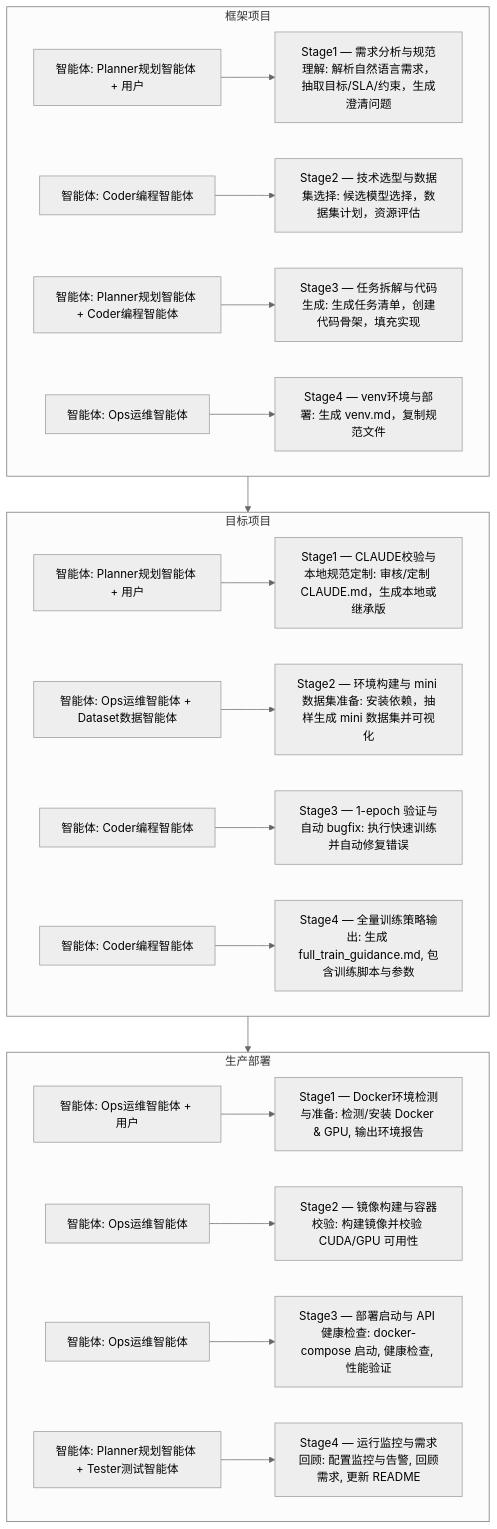
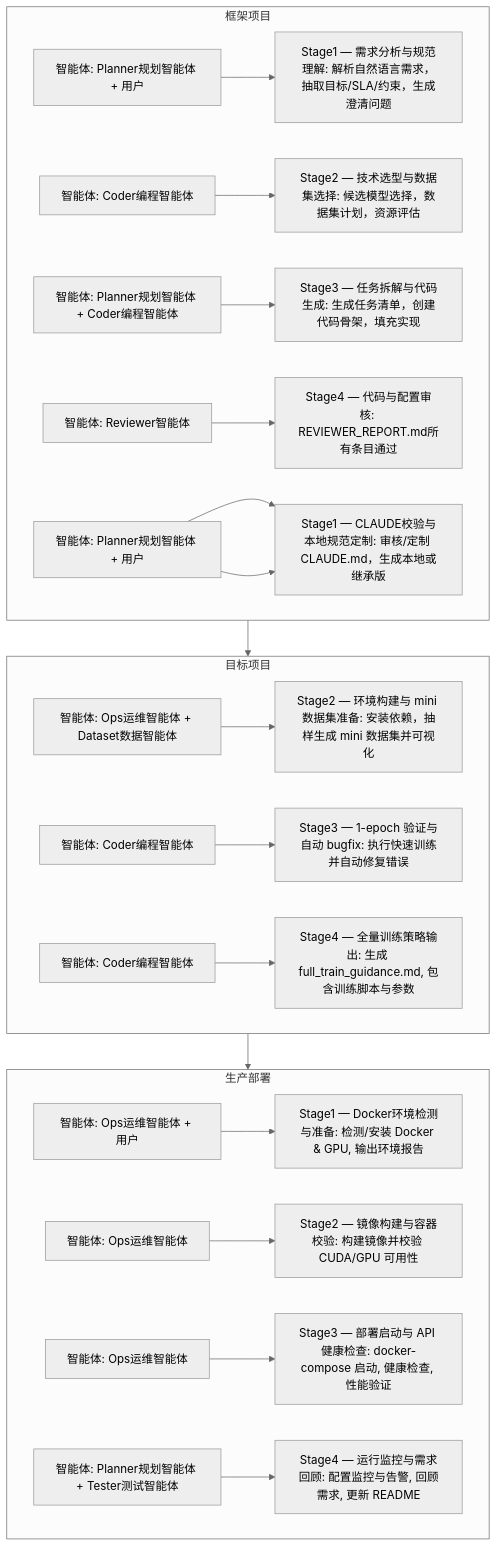
Before and after one commit to ouyangshixiong/context-engineering-zh: diagram 17 of 17 in README.md, drawn with Mermaid (neutral theme). The commit also changed other lines of this file, not shown here.

````diff
--- a/README.md
+++ b/README.md
@@ -724,63 +724,66 @@
 ```mermaid
 flowchart TD
 
     %% ================= 框架项目 =================
     subgraph F1["框架项目"]
 
         S1_who["智能体: Planner规划智能体 + 用户"]
         S1_desc["Stage1 — 需求分析与规范理解: 解析自然语言需求，抽取目标/SLA/约束，生成澄清问题"]
         S2_who["智能体: Coder编程智能体"]
         S2_desc["Stage2 — 技术选型与数据集选择: 候选模型选择，数据集计划，资源评估"]
         S3_who["智能体: Planner规划智能体 + Coder编程智能体"]
         S3_desc["Stage3 — 任务拆解与代码生成: 生成任务清单，创建代码骨架，填充实现"]
-        S4_who["智能体: Ops运维智能体"]
-        S4_desc["Stage4 — venv环境与部署: 生成 venv.md，复制规范文件"]
+        S4_who["智能体: Reviewer智能体"]
+        S4_desc["Stage4 — 代码与配置审核: REVIEWER_REPORT.md所有条目通过"]
+        S5_who["智能体: Ops运维智能体"]
+        S5_desc["Stage5 — venv环境与部署: 生成 venv.md，复制规范文件"]
 
         S1_who --> S1_desc
         S2_who --> S2_desc
         S3_who --> S3_desc
         S4_who --> S4_desc
+        S5_who --> S5_desc
 
     end
 
     %% ================= 目标项目 =================
     subgraph F2["目标项目"]
 
         S5_who["智能体: Planner规划智能体 + 用户"]
         S5_desc["Stage1 — CLAUDE校验与本地规范定制: 审核/定制 CLAUDE.md，生成本地或继承版"]
         S6_who["智能体: Ops运维智能体 + Dataset数据智能体"]
         S6_desc["Stage2 — 环境构建与 mini 数据集准备: 安装依赖，抽样生成 mini 数据集并可视化"]
         S7_who["智能体: Coder编程智能体"]
         S7_desc["Stage3 — 1-epoch 验证与自动 bugfix: 执行快速训练并自动修复错误"]
         S8_who["智能体: Coder编程智能体"]
         S8_desc["Stage4 — 全量训练策略输出: 生成 full_train_guidance.md, 包含训练脚本与参数"]
 
         S5_who --> S5_desc
         S6_who --> S6_desc
         S7_who --> S7_desc
         S8_who --> S8_desc
 
     end
 
     %% ================= 生产部署 =================
     subgraph F3["生产部署"]
 
         S9_who["智能体: Ops运维智能体 + 用户"]
         S9_desc["Stage1 — Docker环境检测与准备: 检测/安装 Docker & GPU, 输出环境报告"]
         S10_who["智能体: Ops运维智能体"]
         S10_desc["Stage2 — 镜像构建与容器校验: 构建镜像并校验 CUDA/GPU 可用性"]
         S11_who["智能体: Ops运维智能体"]
         S11_desc["Stage3 — 部署启动与 API 健康检查: docker-compose 启动, 健康检查, 性能验证"]
         S12_who["智能体: Planner规划智能体 + Tester测试智能体"]
         S12_desc["Stage4 — 运行监控与需求回顾: 配置监控与告警, 回顾需求, 更新 README"]
 
         S9_who --> S9_desc
         S10_who --> S10_desc
         S11_who --> S11_desc
         S12_who --> S12_desc
 
     end
 
     F1 --> F2 --> F3
 
 ```
````
